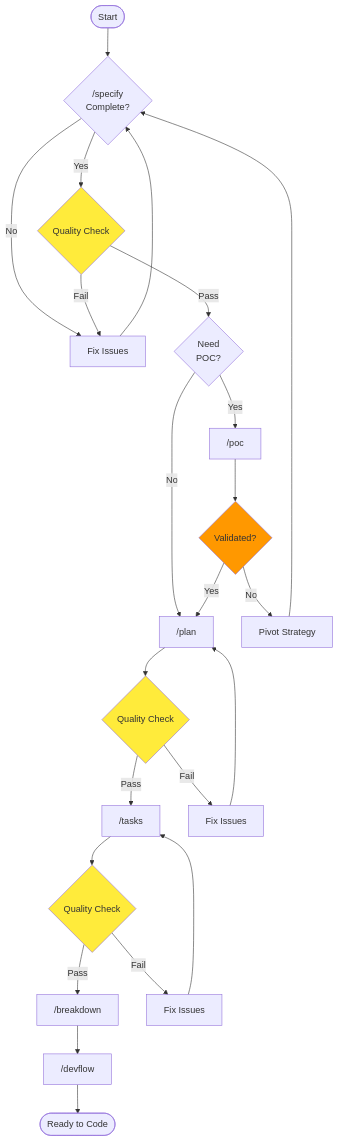
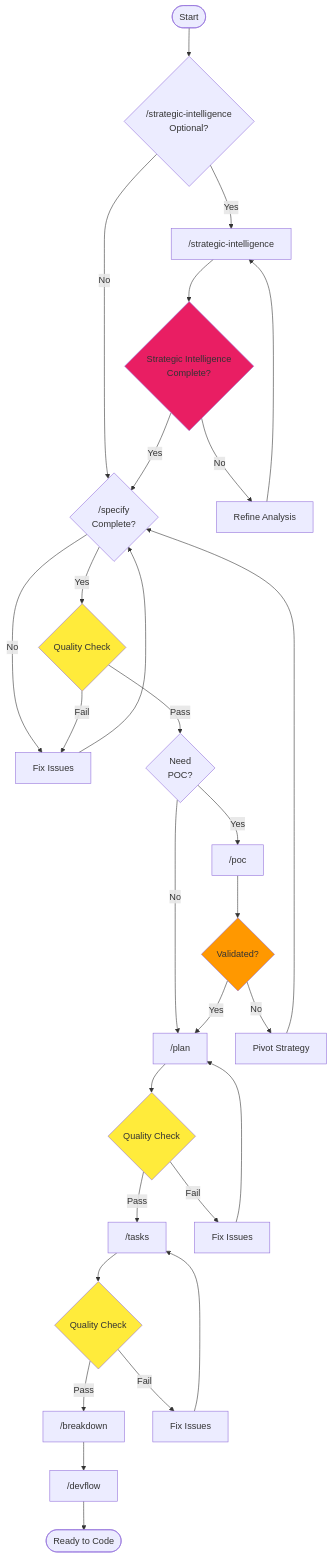
One commit to Mathews-Tom/sage-dev changed diagram 14 of 22 in commands/WORKFLOW.md. Above: the diagram before and after it, drawn with Mermaid. The commit also changed other lines of this file and 3 other files, not shown here.

First line of the commit message:
Add /strategic-intelligence command and integrate across docs; remove legacy gap analysis

````diff
--- a/commands/WORKFLOW.md
+++ b/commands/WORKFLOW.md
@@ -348,36 +402,45 @@
 ```mermaid
 graph TB
-    Start([Start]) --> Specify{"/specify<br/>Complete?"}
+    Start([Start]) --> Assessment{"/strategic-intelligence<br/>Optional?"}
+    Assessment -->|Yes| AssessmentRun["/strategic-intelligence"]
+    Assessment -->|No| Specify
+
+    AssessmentRun --> AssessmentCheck{Strategic Intelligence<br/>Complete?}
+    AssessmentCheck -->|Yes| Specify{"/specify<br/>Complete?"}
+    AssessmentCheck -->|No| AssessmentFix[Refine Analysis]
+    AssessmentFix --> AssessmentRun
+
     Specify -->|Yes| SpecCheck{Quality Check}
     Specify -->|No| SpecFix[Fix Issues]
     SpecFix --> Specify
-    
+
     SpecCheck -->|Pass| POC{Need<br/>POC?}
     SpecCheck -->|Fail| SpecFix
-    
+
     POC -->|Yes| POCRun["/poc"]
     POC -->|No| Plan
-    
+
     POCRun --> POCCheck{Validated?}
     POCCheck -->|Yes| Plan["/plan"]
     POCCheck -->|No| Pivot[Pivot Strategy]
     Pivot --> Specify
-    
+
     Plan --> PlanCheck{Quality Check}
     PlanCheck -->|Pass| Tasks["/tasks"]
     PlanCheck -->|Fail| PlanFix[Fix Issues]
     PlanFix --> Plan
-    
+
     Tasks --> TaskCheck{Quality Check}
     TaskCheck -->|Pass| Breakdown["/breakdown"]
     TaskCheck -->|Fail| TaskFix[Fix Issues]
     TaskFix --> Tasks
-    
+
     Breakdown --> DevFlow["/devflow"]
     DevFlow --> Ready([Ready to Code])
-    
+
+    style AssessmentCheck fill:#e91e63
     style SpecCheck fill:#ffeb3b
     style POCCheck fill:#ff9800
     style PlanCheck fill:#ffeb3b
     style TaskCheck fill:#ffeb3b
 ```
````
